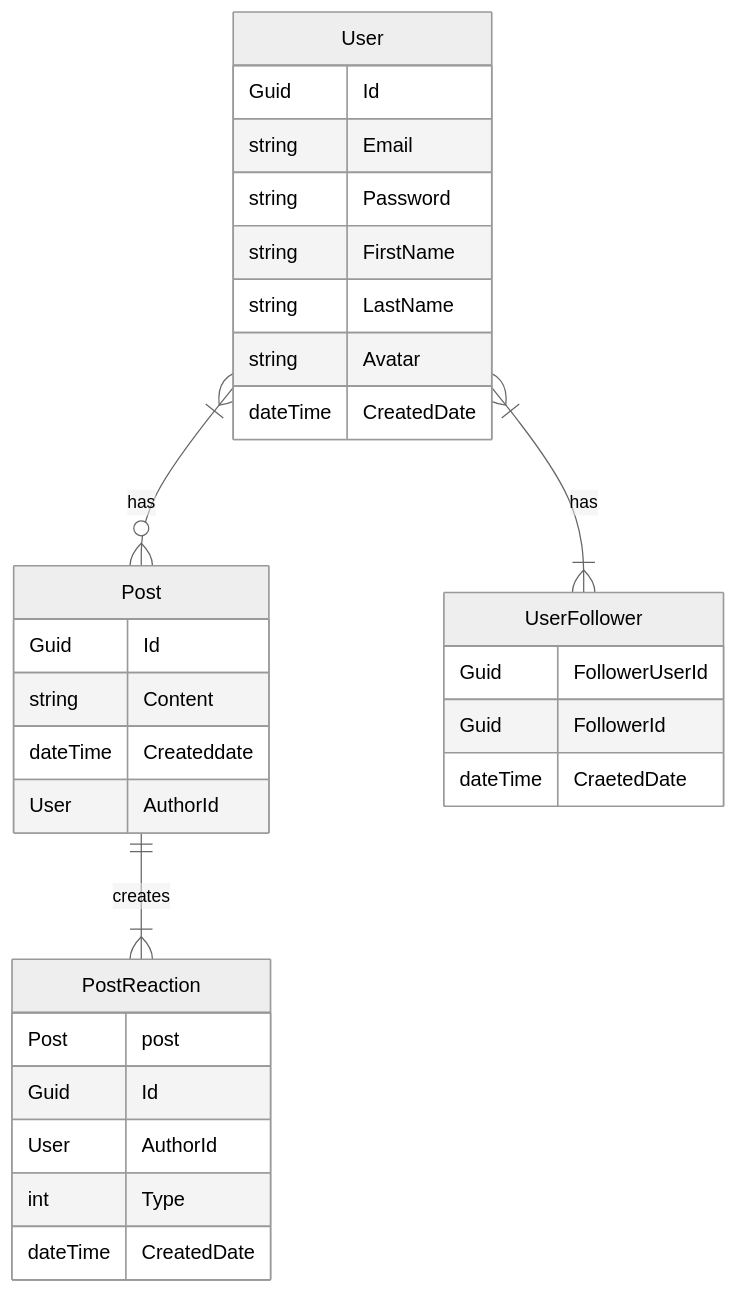
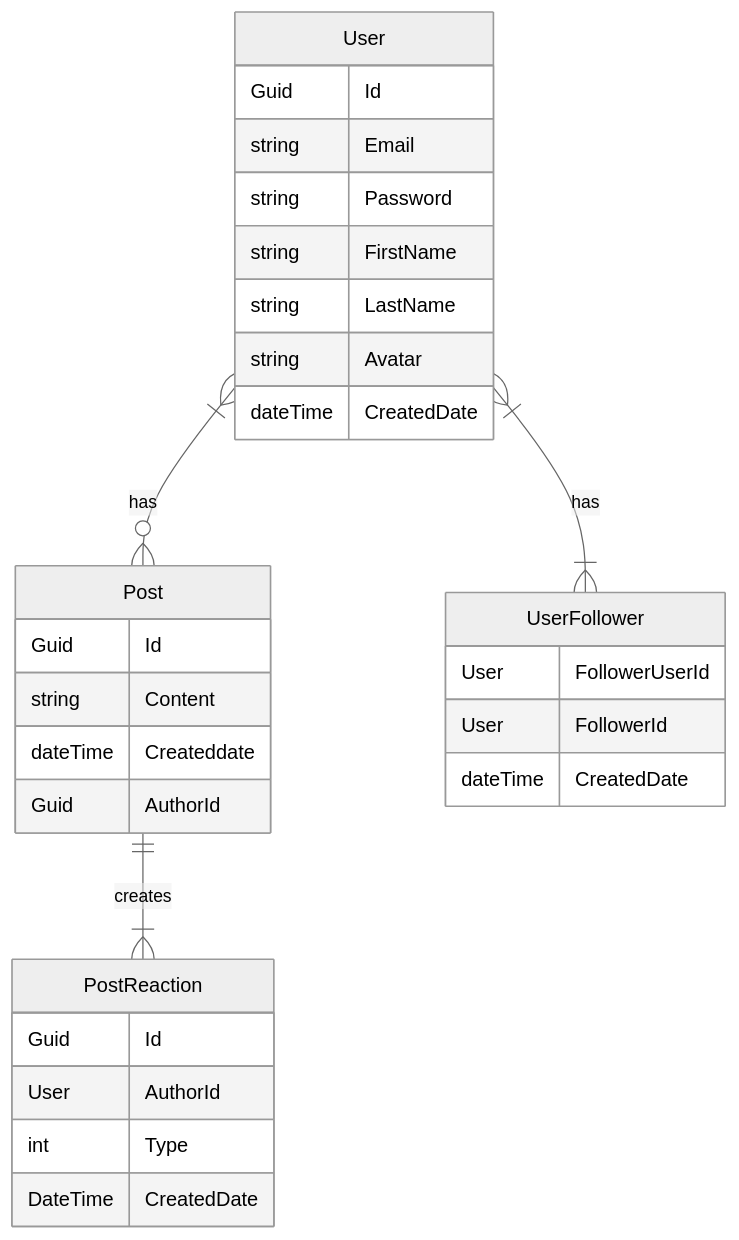
One commit to sobuse/InstagramClone changed the diagram in src/InstagramClone.Api/Entities/InstagramClone.md. Above: the diagram before and after it, drawn with Mermaid (neutral theme).

Commit message:
fixed up erDiagram

````diff
--- a/src/InstagramClone.Api/Entities/InstagramClone.md
+++ b/src/InstagramClone.Api/Entities/InstagramClone.md
@@ -3,38 +3,37 @@
 ```mermaid
 erDiagram
 
     User |{--o{Post:has
     Post ||--|{PostReaction: creates 
     User}|--|{UserFollower: has 
     User{
        Guid Id
        string Email
        string Password
        string FirstName
        string LastName
        string Avatar
        dateTime CreatedDate
     }
 
     UserFollower{
-        Guid FollowerUserId
-        Guid FollowerId
-        dateTime CraetedDate
+        User FollowerUserId
+        User FollowerId
+        dateTime CreatedDate
     }
 
     Post{
         Guid Id
         string Content
         dateTime Createddate
-        User AuthorId
+        Guid AuthorId
     }
 
     PostReaction{
-        Post post
         Guid Id
         User AuthorId
         int Type
-        dateTime CreatedDate
+        DateTime CreatedDate
     }
 
 ```
````
